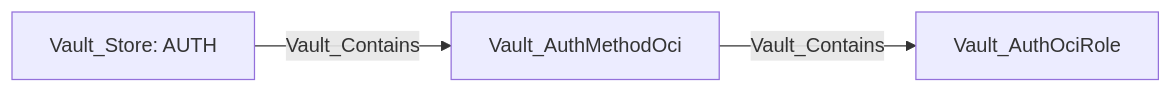
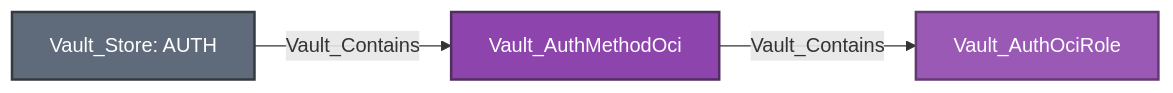
Diagram 17 of 28 in Documentation/stores/AUTH.md (bytewreck/opengraph-vault), drawn with Mermaid before and after one commit. The commit also changed other lines of this file and 4 other files, not shown here.

````diff
--- a/Documentation/stores/AUTH.md
+++ b/Documentation/stores/AUTH.md
@@ -1028,5 +1028,9 @@
 ```mermaid
 flowchart LR
-    store[Vault_Store: AUTH] -->|Vault_Contains| method[Vault_AuthMethodOci]
-    method -->|Vault_Contains| role[Vault_AuthOciRole]
+    store[Vault_Store: AUTH]:::storeNode -->|Vault_Contains| method[Vault_AuthMethodOci]:::authMethodNode
+    method -->|Vault_Contains| role[Vault_AuthOciRole]:::authRoleNode
+
+    classDef storeNode fill:#5F6B7A,color:#fff,stroke:#343A40,stroke-width:2px
+    classDef authMethodNode fill:#8E44AD,color:#fff,stroke:#512E5F,stroke-width:2px
+    classDef authRoleNode fill:#9B59B6,color:#fff,stroke:#633974,stroke-width:2px
 ```
````
